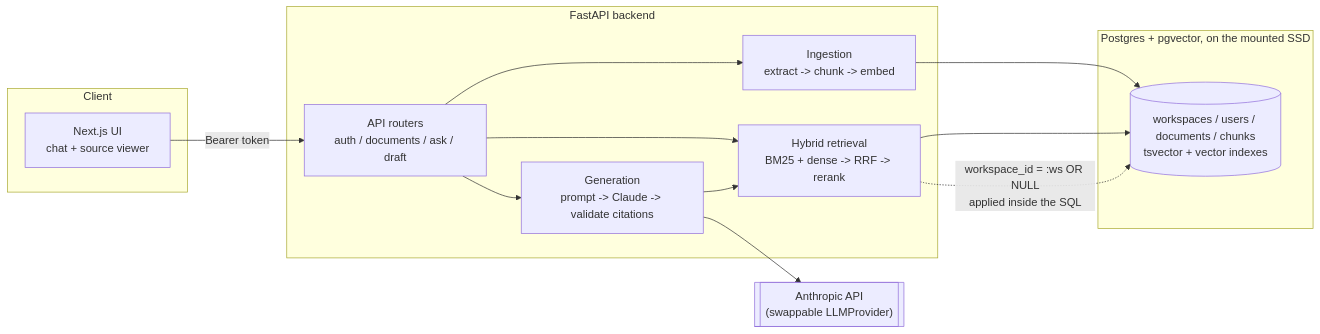
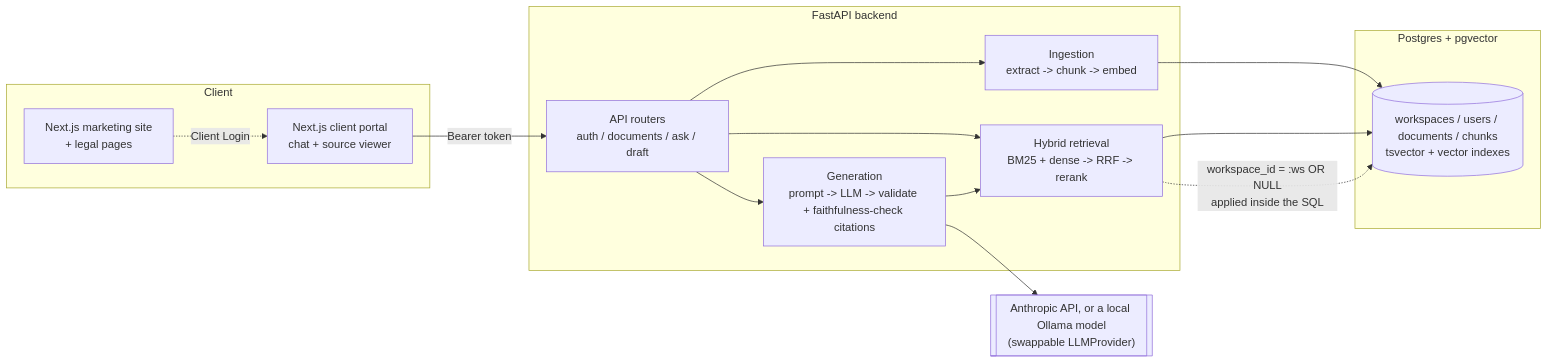
One commit to Jex2l/meridian-legal-intelligence changed the diagram in README.md. Above: the diagram before and after it, drawn with Mermaid. The commit also changed other lines of this file and 1 other file, not shown here.

````diff
--- a/README.md
+++ b/README.md
@@ -16,27 +60,29 @@
 ```mermaid
 flowchart LR
     subgraph Client
-        UI["Next.js UI\nchat + source viewer"]
+        UI["Next.js client portal\nchat + source viewer"]
+        WEB["Next.js marketing site\n+ legal pages"]
     end
 
     subgraph Backend [FastAPI backend]
         API["API routers\nauth / documents / ask / draft"]
         ING["Ingestion\nextract -> chunk -> embed"]
         RET["Hybrid retrieval\nBM25 + dense -> RRF -> rerank"]
-        GEN["Generation\nprompt -> Claude -> validate citations"]
+        GEN["Generation\nprompt -> LLM -> validate + faithfulness-check citations"]
     end
 
-    subgraph Data [Postgres + pgvector, on the mounted SSD]
+    subgraph Data [Postgres + pgvector]
         PG[("workspaces / users / documents / chunks\ntsvector + vector indexes")]
     end
 
-    LLM[["Anthropic API\n(swappable LLMProvider)"]]
+    LLM[["Anthropic API, or a local Ollama model\n(swappable LLMProvider)"]]
 
     UI -- "Bearer token" --> API
+    WEB -. "Client Login" .-> UI
     API --> ING --> PG
     API --> RET --> PG
     API --> GEN
     GEN --> RET
     GEN --> LLM
     RET -. "workspace_id = :ws OR NULL\napplied inside the SQL" .-> PG
 ```
````
